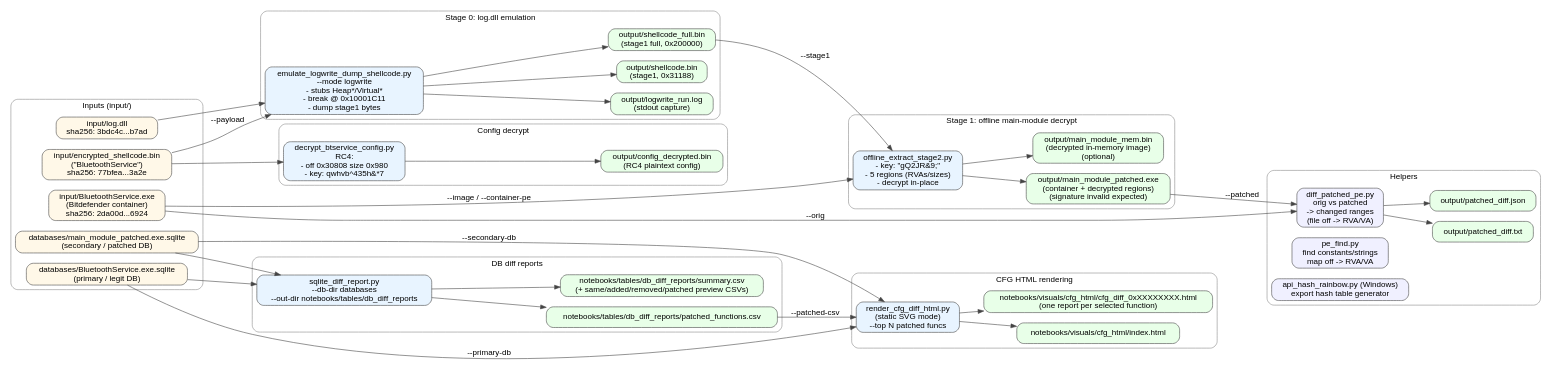
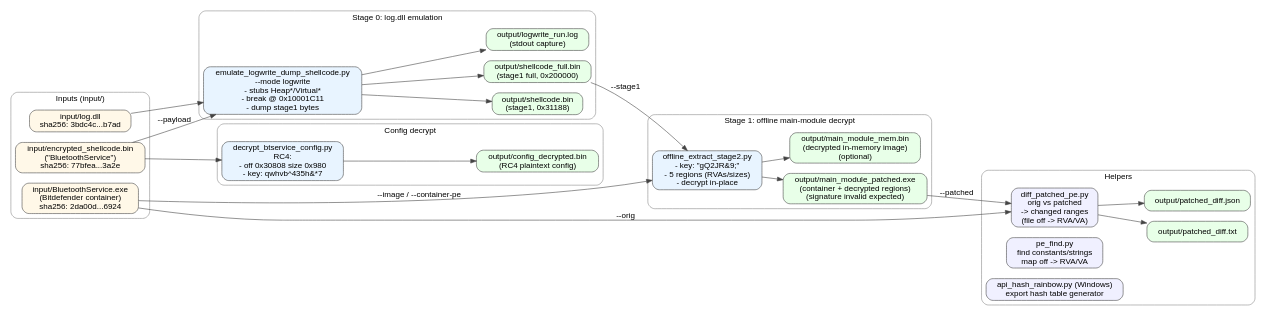
One commit to taogoldi/analysis_data changed the diagram in chrysalis_feb_2026/docs/pipeline_flowchart.dot. Above: the diagram before and after it, drawn with Graphviz. The commit also changed 10 other files, not shown here.

```diff
--- a/chrysalis_feb_2026/docs/pipeline_flowchart.dot
+++ b/chrysalis_feb_2026/docs/pipeline_flowchart.dot
@@ -1,106 +1,75 @@
 digraph pipeline {
   rankdir=LR;
   bgcolor="white";
   graph [fontname="Helvetica"];
   node  [fontname="Helvetica", shape=box, style="rounded,filled", fillcolor="#F7F7F7", color="#444444"];
   edge  [fontname="Helvetica", color="#444444"];
 
   subgraph cluster_inputs {
     label="Inputs (input/)";
     color="#888888";
     style="rounded";
     in_logdll   [label="input/log.dll\nsha256: 3bdc4c...b7ad", fillcolor="#FFF8E8"];
     in_btblob   [label="input/encrypted_shellcode.bin\n(\"BluetoothService\")\nsha256: 77bfea...3a2e", fillcolor="#FFF8E8"];
     in_container[label="input/BluetoothService.exe\n(Bitdefender container)\nsha256: 2da00d...6924", fillcolor="#FFF8E8"];
-    in_db_legit [label="databases/BluetoothService.exe.sqlite\n(primary / legit DB)", fillcolor="#FFF8E8"];
-    in_db_patched [label="databases/main_module_patched.exe.sqlite\n(secondary / patched DB)", fillcolor="#FFF8E8"];
   }
 
   subgraph cluster_stage0 {
     label="Stage 0: log.dll emulation";
     color="#888888";
     style="rounded";
     s0 [label="emulate_logwrite_dump_shellcode.py\n--mode logwrite\n- stubs Heap*/Virtual*\n- break @ 0x10001C11\n- dump stage1 bytes", fillcolor="#E8F4FF"];
     out_shell1   [label="output/shellcode.bin\n(stage1, 0x31188)", fillcolor="#E8FFE8"];
     out_shell1f  [label="output/shellcode_full.bin\n(stage1 full, 0x200000)", fillcolor="#E8FFE8"];
     out_log0     [label="output/logwrite_run.log\n(stdout capture)", fillcolor="#E8FFE8"];
   }
 
   subgraph cluster_stage1 {
     label="Stage 1: offline main-module decrypt";
     color="#888888";
     style="rounded";
     s1 [label="offline_extract_stage2.py\n- key: \"gQ2JR&9;\"\n- 5 regions (RVAs/sizes)\n- decrypt in-place", fillcolor="#E8F4FF"];
     out_patched [label="output/main_module_patched.exe\n(container + decrypted regions)\n(signature invalid expected)", fillcolor="#E8FFE8"];
     out_memimg  [label="output/main_module_mem.bin\n(decrypted in-memory image)\n(optional)", fillcolor="#E8FFE8"];
   }
 
   subgraph cluster_config {
     label="Config decrypt";
     color="#888888";
     style="rounded";
     s2 [label="decrypt_btservice_config.py\nRC4:\n- off 0x30808 size 0x980\n- key: qwhvb^435h&*7", fillcolor="#E8F4FF"];
     out_cfg [label="output/config_decrypted.bin\n(RC4 plaintext config)", fillcolor="#E8FFE8"];
   }
 
   subgraph cluster_helpers {
     label="Helpers";
     color="#888888";
     style="rounded";
     h_diff [label="diff_patched_pe.py\norig vs patched\n-> changed ranges\n(file off -> RVA/VA)", fillcolor="#F0F0FF"];
     out_diff_txt [label="output/patched_diff.txt", fillcolor="#E8FFE8"];
     out_diff_json [label="output/patched_diff.json", fillcolor="#E8FFE8"];
 
     h_find [label="pe_find.py\nfind constants/strings\nmap off -> RVA/VA", fillcolor="#F0F0FF"];
     h_hash [label="api_hash_rainbow.py (Windows)\nexport hash table generator", fillcolor="#F0F0FF"];
   }
 
-  subgraph cluster_dbdiff {
-    label="DB diff reports";
-    color="#888888";
-    style="rounded";
-    s3 [label="sqlite_diff_report.py\n--db-dir databases\n--out-dir notebooks/tables/db_diff_reports", fillcolor="#E8F4FF"];
-    out_db_patched [label="notebooks/tables/db_diff_reports/patched_functions.csv", fillcolor="#E8FFE8"];
-    out_db_summary [label="notebooks/tables/db_diff_reports/summary.csv\n(+ same/added/removed/patched preview CSVs)", fillcolor="#E8FFE8"];
-  }
-
-  subgraph cluster_cfg {
-    label="CFG HTML rendering";
-    color="#888888";
-    style="rounded";
-    s4 [label="render_cfg_diff_html.py\n(static SVG mode)\n--top N patched funcs", fillcolor="#E8F4FF"];
-    out_cfg_index [label="notebooks/visuals/cfg_html/index.html", fillcolor="#E8FFE8"];
-    out_cfg_reports [label="notebooks/visuals/cfg_html/cfg_diff_0xXXXXXXXX.html\n(one report per selected function)", fillcolor="#E8FFE8"];
-  }
-
   // edges
   in_logdll -> s0;
   in_btblob -> s0 [label="--payload"];
   s0 -> out_shell1;
   s0 -> out_shell1f;
   s0 -> out_log0;
 
   out_shell1f -> s1 [label="--stage1"];
   in_container -> s1 [label="--image / --container-pe"];
   s1 -> out_patched;
   s1 -> out_memimg;
 
   in_btblob -> s2;
   s2 -> out_cfg;
 
   in_container -> h_diff [label="--orig"];
   out_patched -> h_diff [label="--patched"];
   h_diff -> out_diff_txt;
   h_diff -> out_diff_json;
-
-  in_db_legit -> s3;
-  in_db_patched -> s3;
-  s3 -> out_db_patched;
-  s3 -> out_db_summary;
-
-  in_db_legit -> s4 [label="--primary-db"];
-  in_db_patched -> s4 [label="--secondary-db"];
-  out_db_patched -> s4 [label="--patched-csv"];
-  s4 -> out_cfg_index;
-  s4 -> out_cfg_reports;
 }
```
